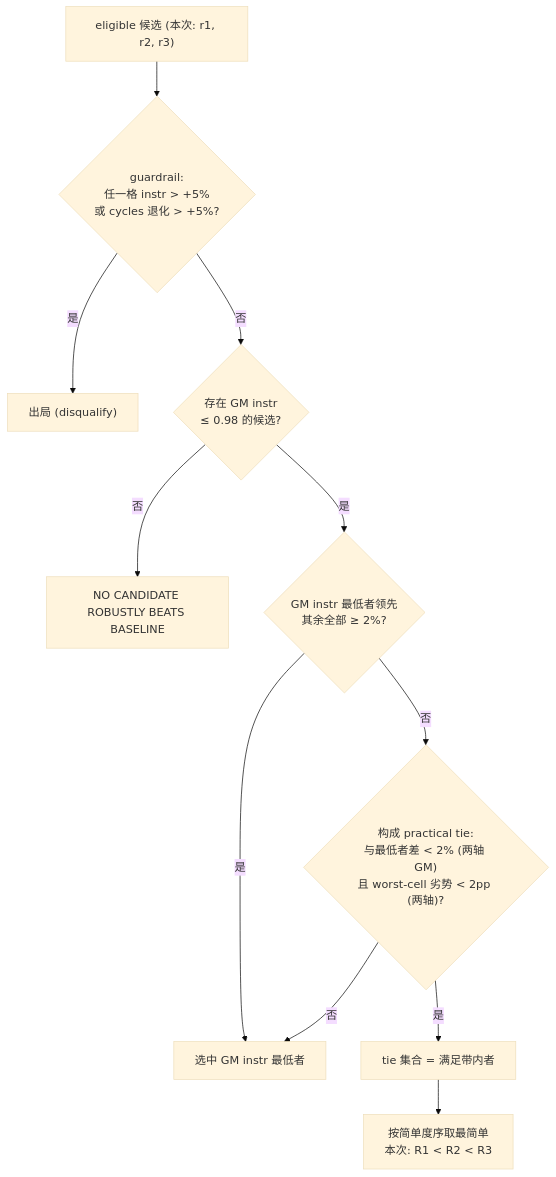
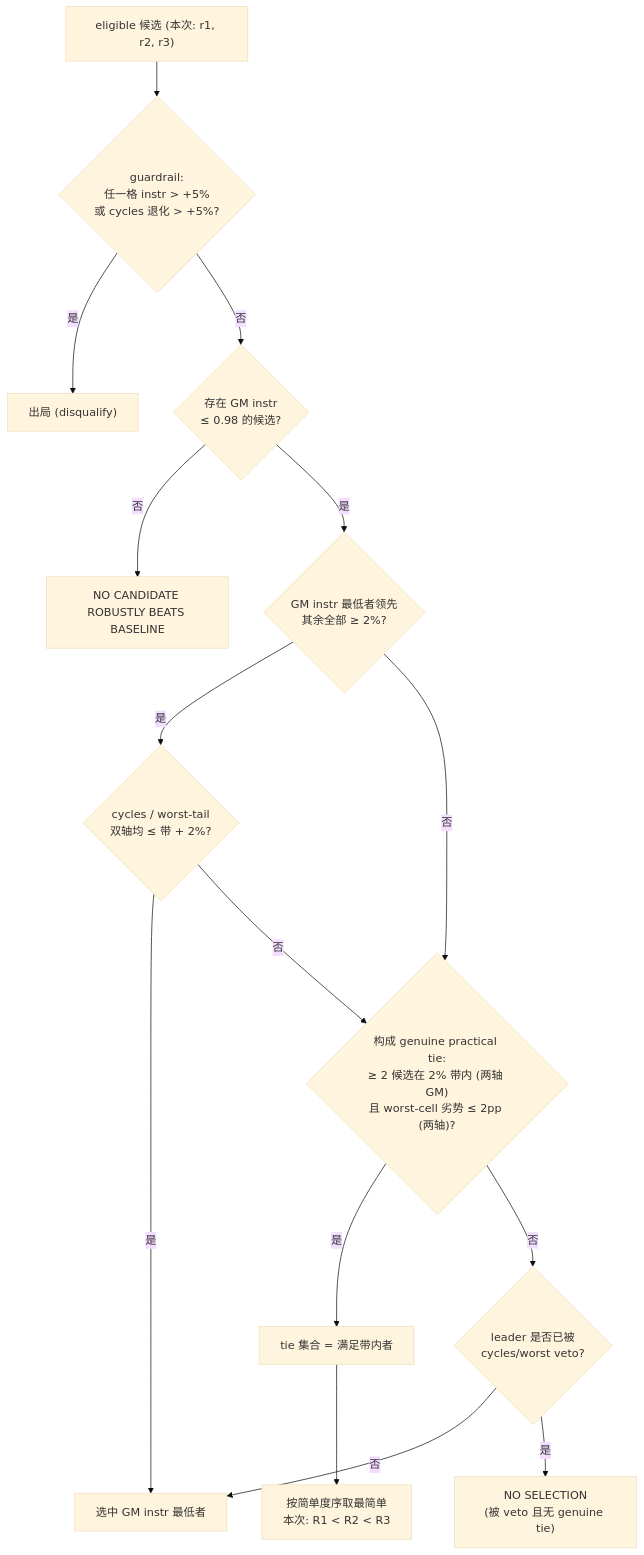
The third of 7 diagrams in research/tax0/TAX0-ROUTER-OPTIMIZATION-REVIEW.md (jnhu76/Sluice), drawn with Mermaid (base theme) before and after one commit. The commit also changed other lines of this file and 6 other files, not shown here.

````diff
--- a/research/tax0/TAX0-ROUTER-OPTIMIZATION-REVIEW.md
+++ b/research/tax0/TAX0-ROUTER-OPTIMIZATION-REVIEW.md
@@ -211,22 +211,29 @@
 ```mermaid
 flowchart TD
     S["eligible 候选 (本次: r1, r2, r3)"]
     G{"guardrail:<br/>任一格 instr > +5%<br/>或 cycles 退化 > +5%?"}
     OUT["出局 (disqualify)"]
     B{"存在 GM instr<br/>≤ 0.98 的候选?"}
     NB["NO CANDIDATE ROBUSTLY BEATS BASELINE"]
     L{"GM instr 最低者领先<br/>其余全部 ≥ 2%?"}
+    V{"cycles / worst-tail<br/>双轴均 ≤ 带 + 2%?"}
     WIN["选中 GM instr 最低者"]
-    T{"构成 practical tie:<br/>与最低者差 &lt; 2% (两轴 GM)<br/>且 worst-cell 劣势 &lt; 2pp (两轴)?"}
+    T{"构成 genuine practical tie:<br/>≥ 2 候选在 2% 带内 (两轴 GM)<br/>且 worst-cell 劣势 ≤ 2pp (两轴)?"}
     TIE["tie 集合 = 满足带内者"]
     SIM["按简单度序取最简单<br/>本次: R1 &lt; R2 &lt; R3"]
+    N{"leader 是否已被<br/>cycles/worst veto?"}
+    NS["NO SELECTION<br/>(被 veto 且无 genuine tie)"]
     S --> G
     G -- "是" --> OUT
     G -- "否" --> B
     B -- "否" --> NB
     B -- "是" --> L
-    L -- "是" --> WIN
+    L -- "是" --> V
+    V -- "是" --> WIN
     L -- "否" --> T
+    V -- "否" --> T
     T -- "是" --> TIE --> SIM
-    T -- "否" --> WIN
+    T -- "否" --> N
+    N -- "否" --> WIN
+    N -- "是" --> NS
 ```
````
